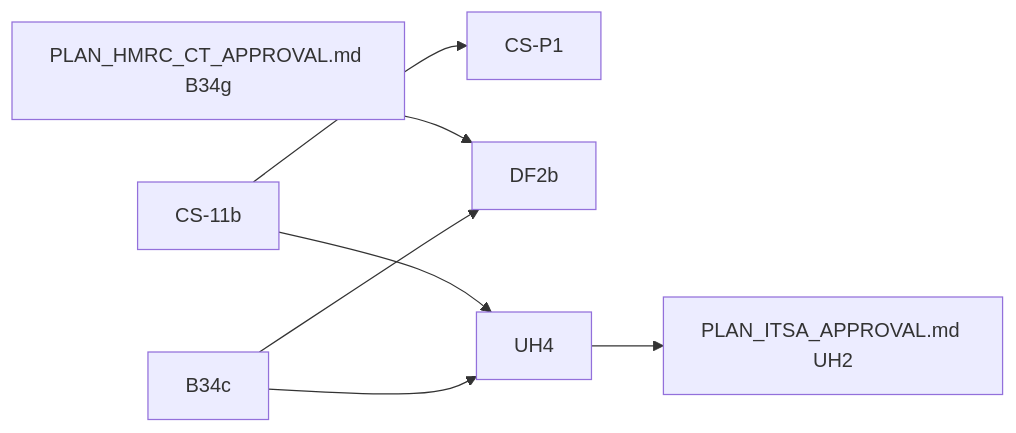
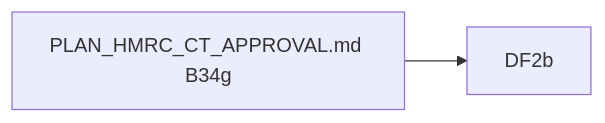
One commit to diy-accounting-uk/submit.diyaccounting.co.uk changed the diagram in PLAN_COMPANIES_HOUSE_APPROVAL.md. Above: the diagram before and after it, drawn with Mermaid. The commit also changed other lines of this file and 1 other file, not shown here.

````diff
--- a/PLAN_COMPANIES_HOUSE_APPROVAL.md
+++ b/PLAN_COMPANIES_HOUSE_APPROVAL.md
@@ -103,11 +103,4 @@
 ```mermaid
 flowchart LR
-    B34c
-    CS11b[CS-11b]
-    CS11b --> CSP1[CS-P1]
-    B34c --> DF2b
     B34g["PLAN_HMRC_CT_APPROVAL.md B34g"] --> DF2b
-    B34c --> UH4
-    CS11b --> UH4
-    UH4 --> UH2["PLAN_ITSA_APPROVAL.md UH2"]
 ```
````
